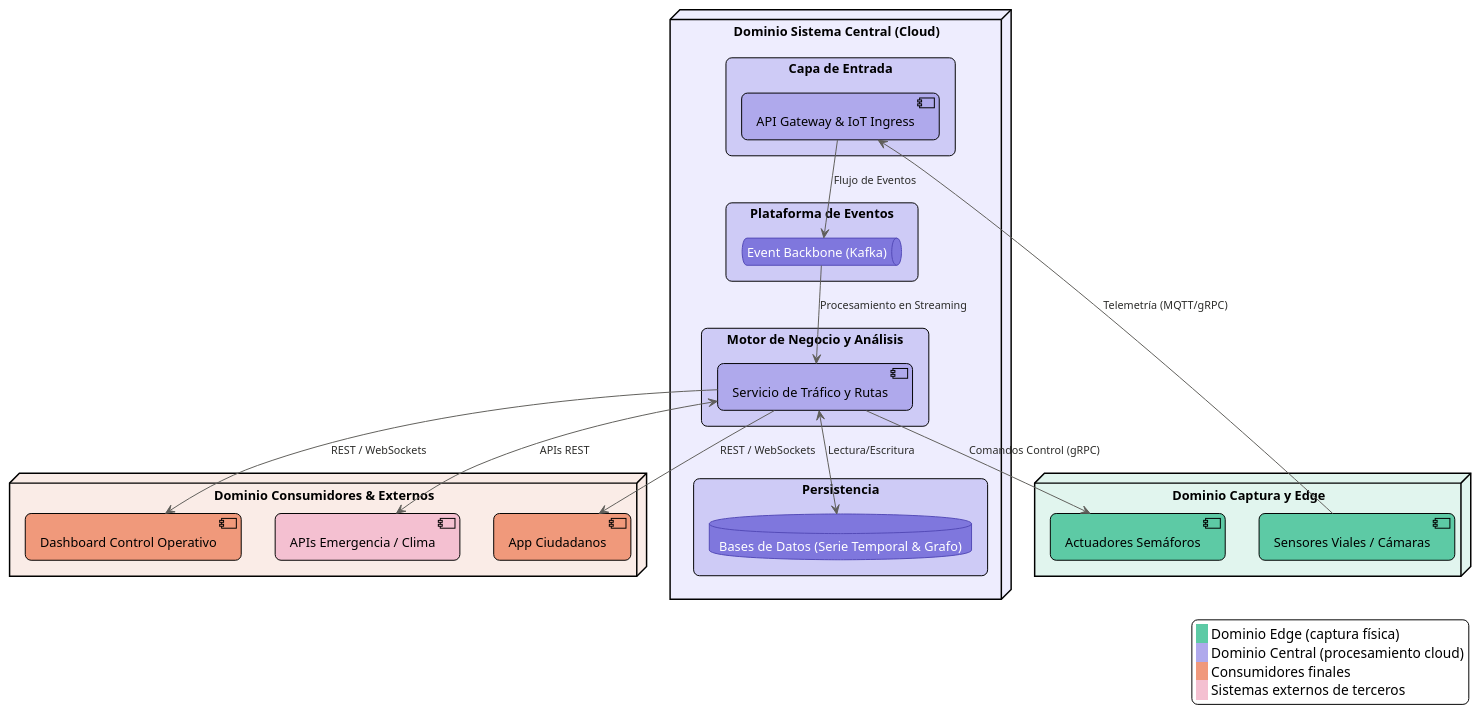
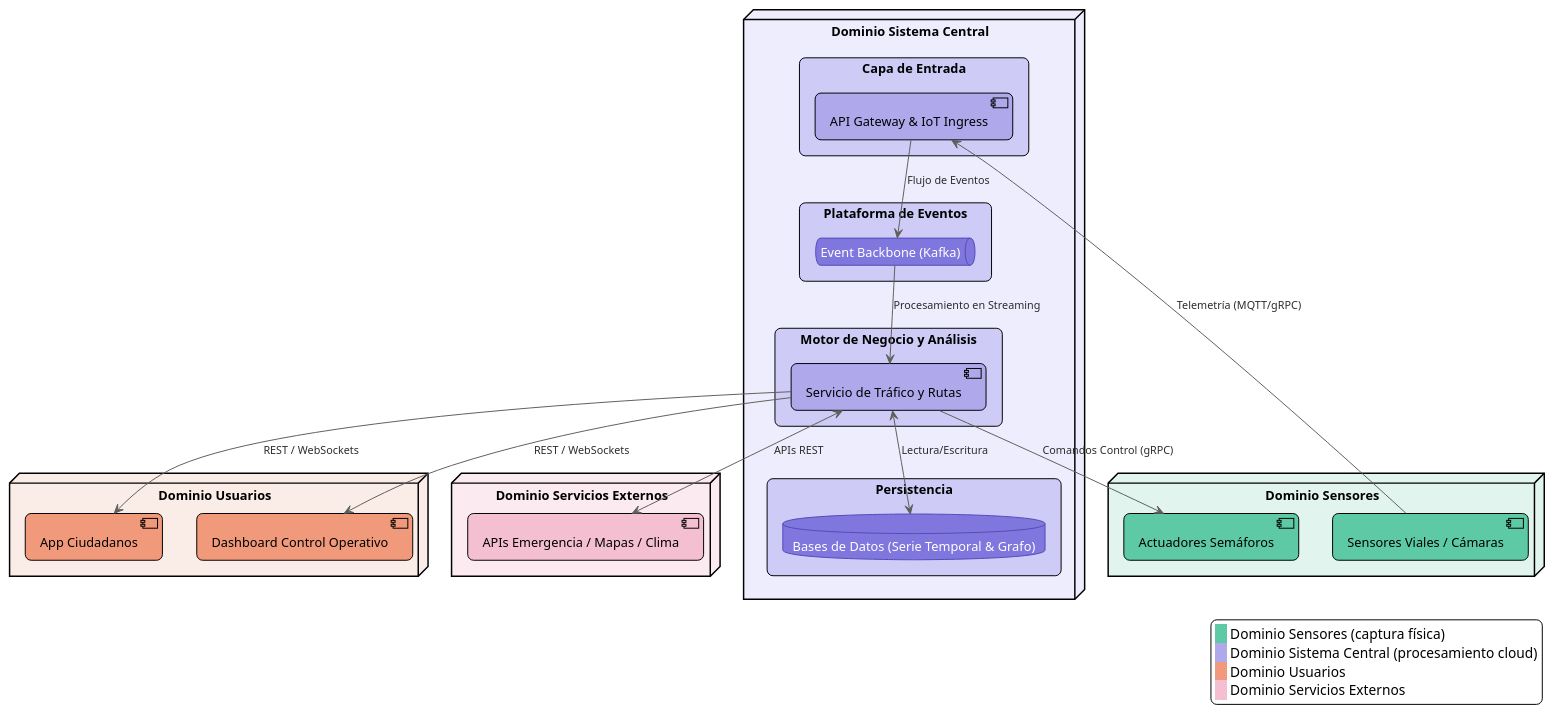
Before and after one commit to JhonathanMusa/smart-mobility-system: the diagram in diagrams/src/vista-conceptual.puml, drawn with PlantUML. The commit also changed 6 other files, not shown here.

Commit message:
Update diagrams and png files

```diff
--- a/diagrams/src/vista-conceptual.puml
+++ b/diagrams/src/vista-conceptual.puml
@@ -1,82 +1,85 @@
 @startuml vista-conceptual
 !theme plain
 
 skinparam nodeStyle rectangle
 skinparam shadowing false
 skinparam roundCorner 12
 skinparam defaultFontName Arial
 skinparam defaultFontSize 13
 
 skinparam ArrowColor #5F5E5A
 skinparam ArrowFontColor #2C2C2A
 skinparam ArrowFontSize 11
 
 skinparam node {
   BorderThickness 1.5
   FontStyle bold
 }
 
 skinparam rectangle {
   BorderThickness 1
 }
 
 skinparam component {
   BorderThickness 1
 }
 
 skinparam queue {
   BackgroundColor #7F77DD
   BorderColor #534AB7
   FontColor #FFFFFF
 }
 
 skinparam database {
   BackgroundColor #7F77DD
   BorderColor #534AB7
   FontColor #FFFFFF
 }
 
-node "Dominio Captura y Edge" as EdgeDomain #E1F5EE {
+node "Dominio Sensores" as SensorDomain #E1F5EE {
   [Sensores Viales / Cámaras] as EdgeSensors #5DCAA5
   [Actuadores Semáforos] as EdgeLights #5DCAA5
 }
 
-node "Dominio Sistema Central (Cloud)" as CoreDomain #EEEDFE {
+node "Dominio Sistema Central" as CoreDomain #EEEDFE {
   rectangle "Capa de Entrada" as L1 #CECBF6 {
     [API Gateway & IoT Ingress] as Ingress #AFA9EC
   }
   rectangle "Plataforma de Eventos" as L2 #CECBF6 {
     queue "Event Backbone (Kafka)" as Backbone
   }
   rectangle "Motor de Negocio y Análisis" as L3 #CECBF6 {
     [Servicio de Tráfico y Rutas] as Analytics #AFA9EC
   }
   rectangle "Persistencia" as L4 #CECBF6 {
     database "Bases de Datos (Serie Temporal & Grafo)" as Storage
   }
 }
 
-node "Dominio Consumidores & Externos" as ExtDomain #FAECE7 {
+node "Dominio Usuarios" as UserDomain #FAECE7 {
   [App Ciudadanos] as MobileApp #F0997B
   [Dashboard Control Operativo] as ControlDash #F0997B
-  [APIs Emergencia / Clima] as ExtServices #F4C0D1
+}
+
+node "Dominio Servicios Externos" as ExtDomain #FBEAF0 {
+  [APIs Emergencia / Mapas / Clima] as ExtServices #F4C0D1
 }
 
 EdgeSensors --> Ingress : Telemetría (MQTT/gRPC)
 Ingress --> Backbone : Flujo de Eventos
 Backbone --> Analytics : Procesamiento en Streaming
 Analytics <--> Storage : Lectura/Escritura
 
 Analytics --> MobileApp : REST / WebSockets
 Analytics --> ControlDash : REST / WebSockets
 Analytics <--> ExtServices : APIs REST
 Analytics --> EdgeLights : Comandos Control (gRPC)
 
 legend right
-  <back:#5DCAA5>   </back> Dominio Edge (captura física)
-  <back:#AFA9EC>   </back> Dominio Central (procesamiento cloud)
-  <back:#F0997B>   </back> Consumidores finales
-  <back:#F4C0D1>   </back> Sistemas externos de terceros
+  <back:#5DCAA5>   </back> Dominio Sensores (captura física)
+  <back:#AFA9EC>   </back> Dominio Sistema Central (procesamiento cloud)
+  <back:#F0997B>   </back> Dominio Usuarios
+  <back:#F4C0D1>   </back> Dominio Servicios Externos
 endlegend
 
 @enduml
```
